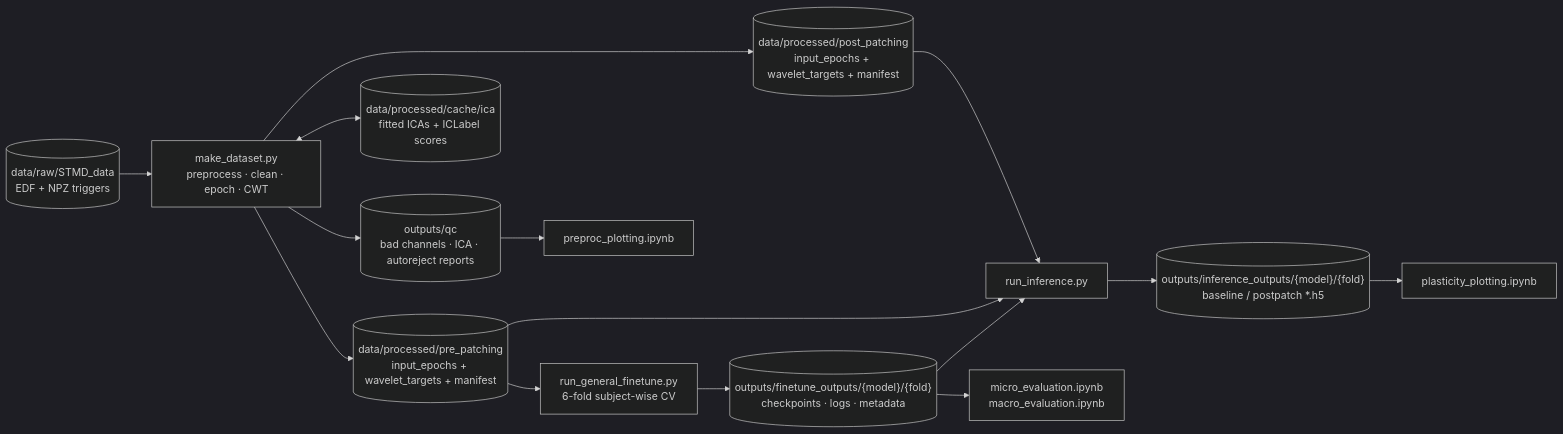
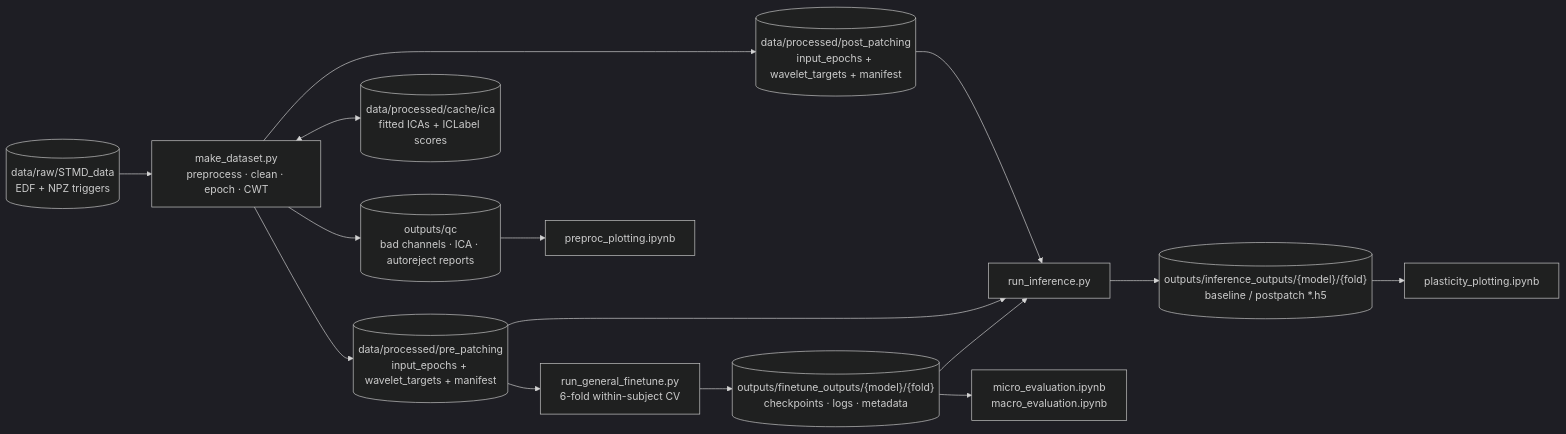
The diagram in README.md (gaborab/plasticity_foundation), drawn with Mermaid (dark theme) before and after one commit. The commit also changed other lines of this file and 12 other files, not shown here.

Commit message:
channel masking architecture update

````diff
--- a/README.md
+++ b/README.md
@@ -32,17 +32,17 @@
 ```mermaid
 flowchart LR
     RAW[("data/raw/STMD_data<br/>EDF + NPZ triggers")] --> MD["make_dataset.py<br/>preprocess · clean · epoch · CWT"]
     MD --> QC[("outputs/qc<br/>bad channels · ICA · autoreject reports")]
     MD <--> CACHE[("data/processed/cache/ica<br/>fitted ICAs + ICLabel scores")]
     MD --> PRE[("data/processed/pre_patching<br/>input_epochs + wavelet_targets + manifest")]
     MD --> POST[("data/processed/post_patching<br/>input_epochs + wavelet_targets + manifest")]
-    PRE --> FT["run_general_finetune.py<br/>6-fold subject-wise CV"]
+    PRE --> FT["run_general_finetune.py<br/>6-fold within-subject CV"]
     FT --> CKPT[("outputs/finetune_outputs/{model}/{fold}<br/>checkpoints · logs · metadata")]
     CKPT --> INF["run_inference.py"]
     PRE --> INF
     POST --> INF
     INF --> H5[("outputs/inference_outputs/{model}/{fold}<br/>baseline / postpatch *.h5")]
     CKPT --> NB1["micro_evaluation.ipynb<br/>macro_evaluation.ipynb"]
     H5 --> NB2["plasticity_plotting.ipynb"]
     QC --> NB3["preproc_plotting.ipynb"]
 ```
````
